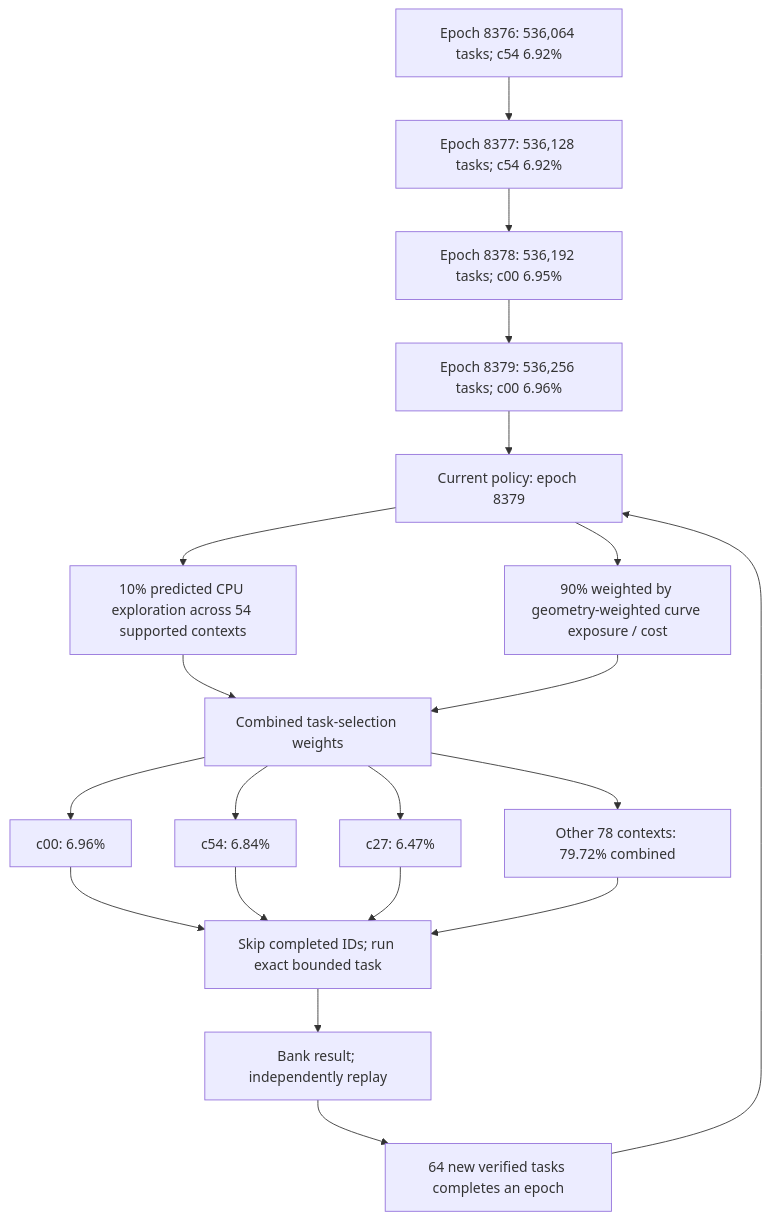
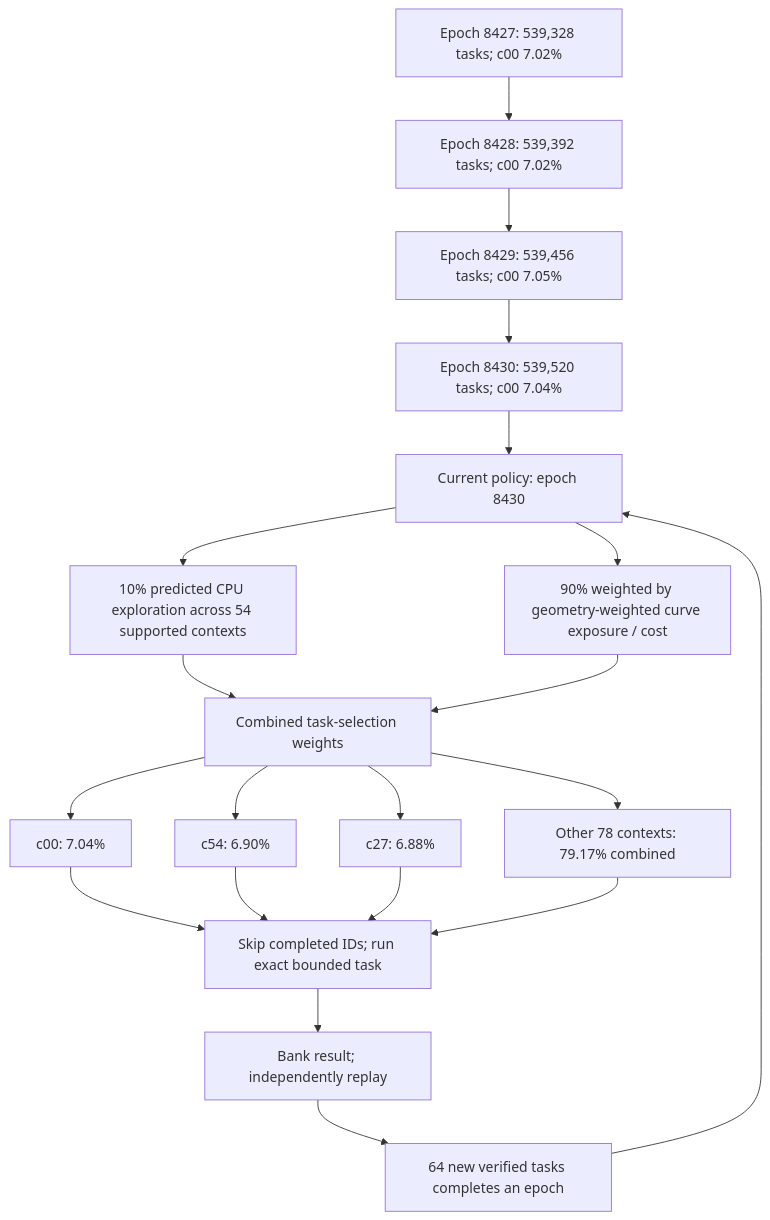
Before and after one commit to Kuberwastaken/math-gambling: the first of 4 diagrams in README.md, drawn with Mermaid. The commit also changed other lines of this file and 7106 other files, not shown here.

````diff
--- a/README.md
+++ b/README.md
@@ -60,27 +60,27 @@
 ```mermaid
 flowchart TD
-    H0["Epoch 8376: 536,064 tasks; c54 6.92%"]
-    H1["Epoch 8377: 536,128 tasks; c54 6.92%"]
+    H0["Epoch 8427: 539,328 tasks; c00 7.02%"]
+    H1["Epoch 8428: 539,392 tasks; c00 7.02%"]
     H0 --> H1
-    H2["Epoch 8378: 536,192 tasks; c00 6.95%"]
+    H2["Epoch 8429: 539,456 tasks; c00 7.05%"]
     H1 --> H2
-    H3["Epoch 8379: 536,256 tasks; c00 6.96%"]
+    H3["Epoch 8430: 539,520 tasks; c00 7.04%"]
     H2 --> H3
-    Policy["Current policy: epoch 8379"]
+    Policy["Current policy: epoch 8430"]
     H3 --> Policy
     Policy --> Explore["10% predicted CPU exploration across 54 supported contexts"]
     Policy --> Cost["90% weighted by geometry-weighted curve exposure / cost"]
     Explore --> Mix["Combined task-selection weights"]
     Cost --> Mix
-    Mix --> C0["c00: 6.96%"]
-    Mix --> C1["c54: 6.84%"]
-    Mix --> C2["c27: 6.47%"]
-    Mix --> Rest["Other 78 contexts: 79.72% combined"]
+    Mix --> C0["c00: 7.04%"]
+    Mix --> C1["c54: 6.90%"]
+    Mix --> C2["c27: 6.88%"]
+    Mix --> Rest["Other 78 contexts: 79.17% combined"]
     C0 --> Check["Skip completed IDs; run exact bounded task"]
     C1 --> Check
     C2 --> Check
     Rest --> Check
     Check --> Replay["Bank result; independently replay"]
     Replay --> Gate["64 new verified tasks completes an epoch"]
     Gate --> Policy
 ```
````
